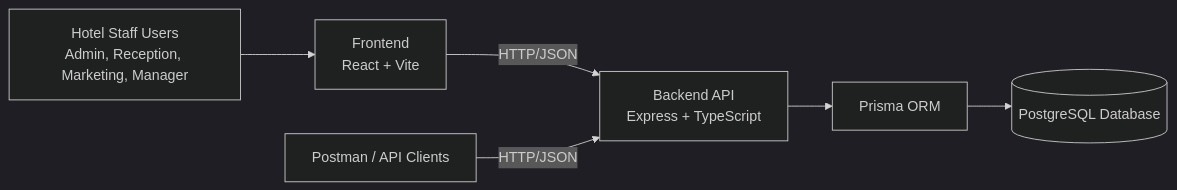
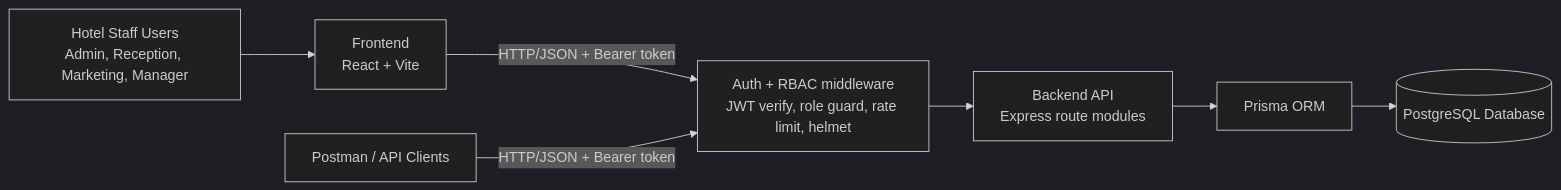
The diagram in docs/ARCHITECTURE.md (sekaberaibrahim/MKU-CRM-M.H), drawn with Mermaid (dark theme) before and after one commit. The commit also changed other lines of this file and 11 other files, not shown here.

````diff
--- a/docs/ARCHITECTURE.md
+++ b/docs/ARCHITECTURE.md
@@ -11,15 +11,17 @@
 ```mermaid
 flowchart LR
     U[Hotel Staff Users<br/>Admin, Reception, Marketing, Manager]
     F[Frontend<br/>React + Vite]
-    A[Backend API<br/>Express + TypeScript]
+    M[Auth + RBAC middleware<br/>JWT verify, role guard, rate limit, helmet]
+    A[Backend API<br/>Express route modules]
     P[Prisma ORM]
     D[(PostgreSQL Database)]
     X[Postman / API Clients]
 
     U --> F
-    F -->|HTTP/JSON| A
-    X -->|HTTP/JSON| A
+    F -->|HTTP/JSON + Bearer token| M
+    X -->|HTTP/JSON + Bearer token| M
+    M --> A
     A --> P
     P --> D
 ```
````
